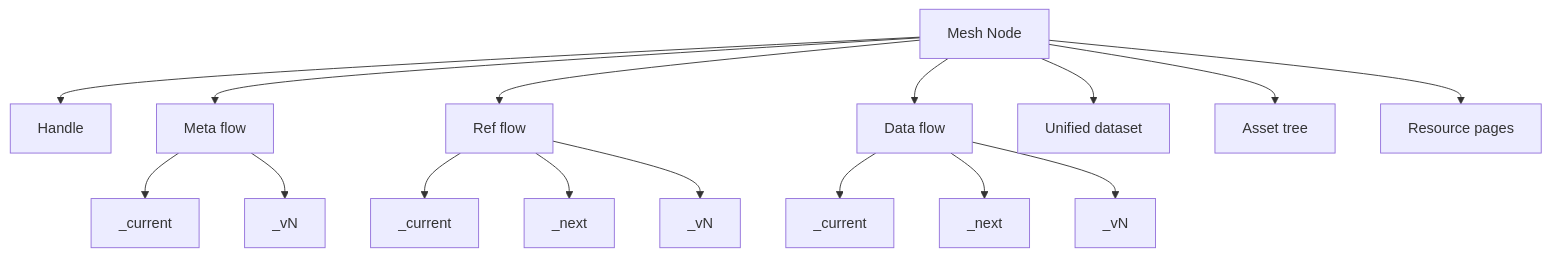
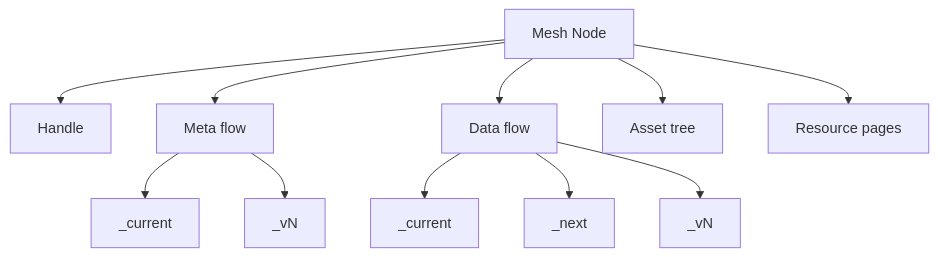
The diagram in documentation/concept.summary.md (semantic-flow/sflo), drawn with Mermaid before and after one commit. The commit also changed other lines of this file and 52 other files, not shown here.

````diff
--- a/documentation/concept.summary.md
+++ b/documentation/concept.summary.md
@@ -131,18 +197,14 @@
 ```mermaid
 graph TD
   A[Mesh Node] --> B[Handle]
   A --> C[Meta flow]
-  A --> D[Ref flow]
   A --> E[Data flow]
+  A --> G[Asset tree]
+  A --> H[Resource pages]
+
   C --> C1[_current]
   C --> C2[_vN]
-  D --> D1[_current]
-  D --> D2[_next]
-  D --> D3[_vN]
   E --> E1[_current]
   E --> E2[_next]
   E --> E3[_vN]
-  A --> F[Unified dataset]
-  A --> G[Asset tree]
-  A --> H[Resource pages]
 ```
````
